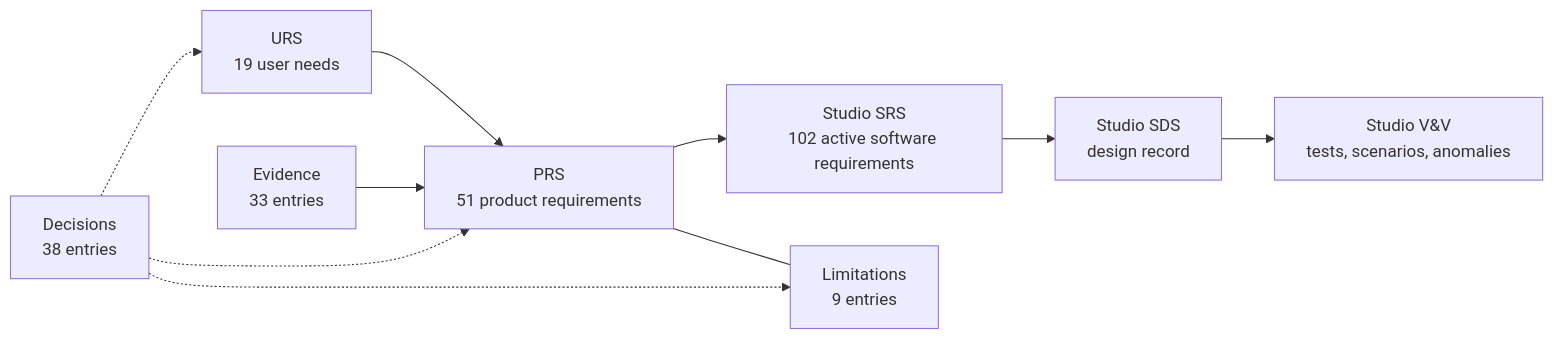
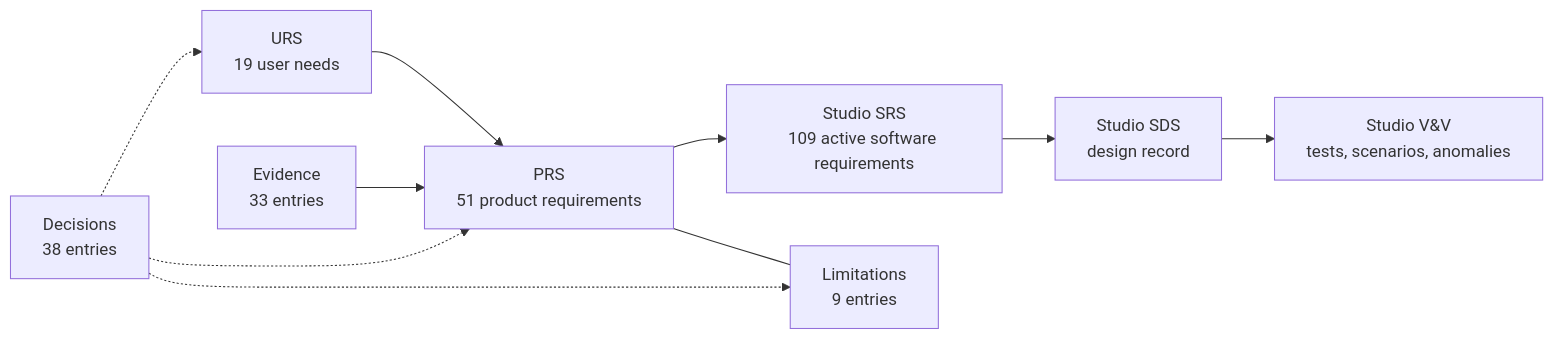
Before and after one commit to Jwlee-IL/G-CAM-Simulator: the diagram in docs/VV.Gcam.Overview.md, drawn with Mermaid. The commit also changed other lines of this file and 11 other files, not shown here.

````diff
--- a/docs/VV.Gcam.Overview.md
+++ b/docs/VV.Gcam.Overview.md
@@ -93,12 +93,12 @@
 ```mermaid
 flowchart LR
     URS["URS<br/>19 user needs"] --> PRS["PRS<br/>51 product requirements"]
-    PRS --> SRS["Studio SRS<br/>102 active software requirements"]
+    PRS --> SRS["Studio SRS<br/>109 active software requirements"]
     SRS --> SDS["Studio SDS<br/>design record"]
     SDS --> VVS["Studio V&V<br/>tests, scenarios, anomalies"]
     EV["Evidence<br/>33 entries"] --> PRS
     PRS --- LIM["Limitations<br/>9 entries"]
     DEC["Decisions<br/>38 entries"] -.-> URS
     DEC -.-> PRS
     DEC -.-> LIM
 ```
````
